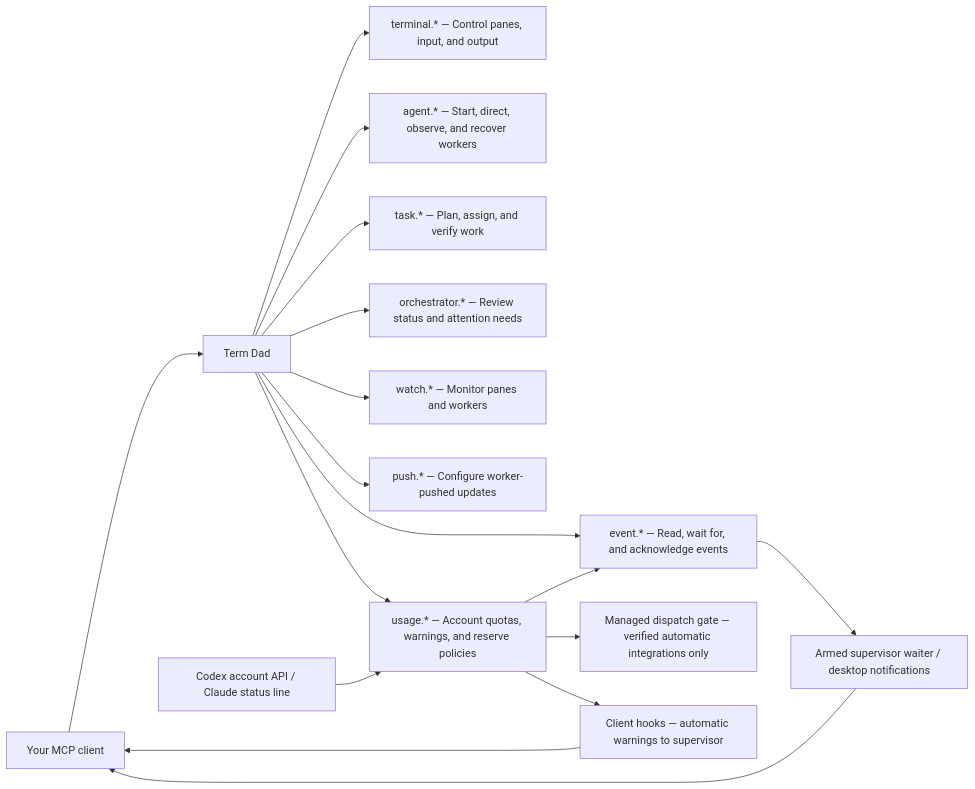
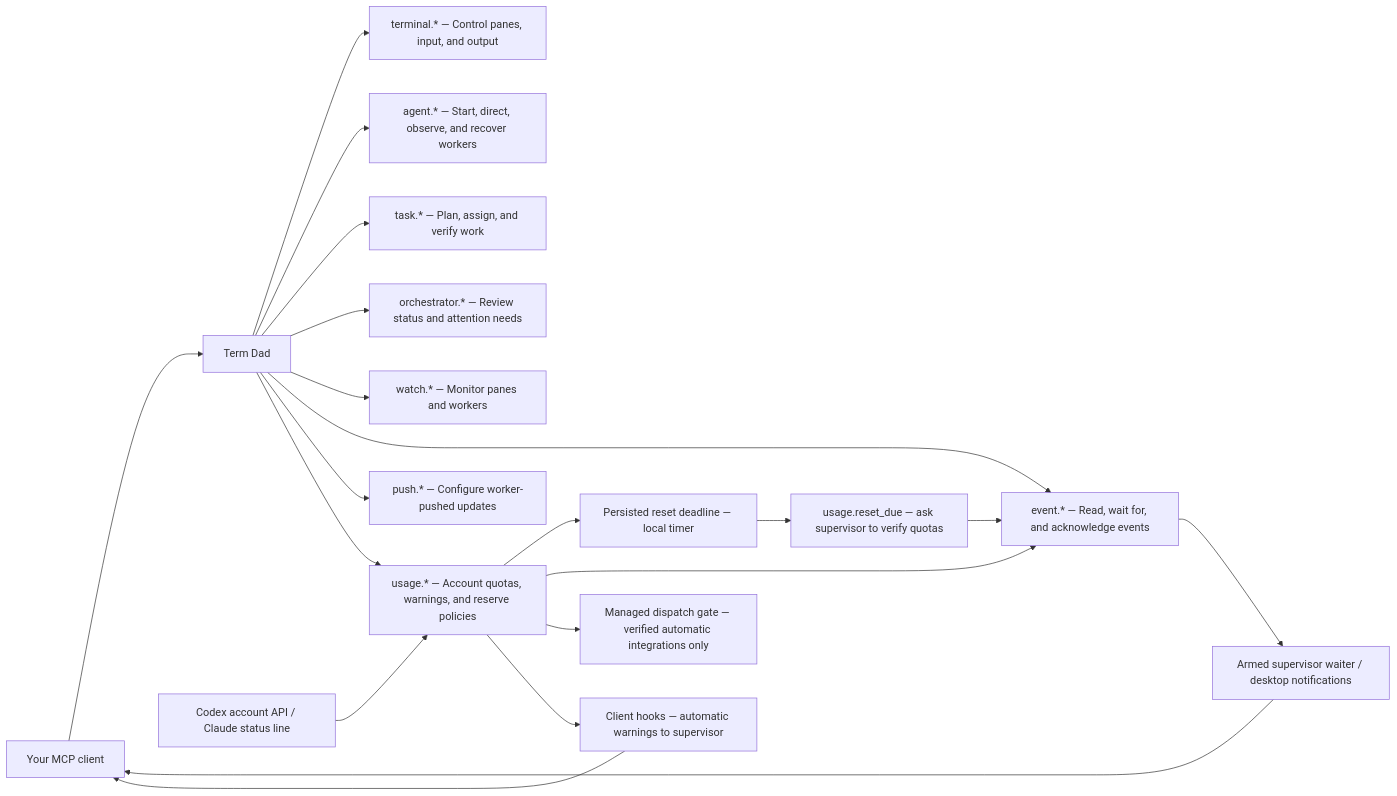
One commit to ZakYeo/TermDad changed the diagram in README.md. Above: the diagram before and after it, drawn with Mermaid. The commit also changed other lines of this file and 10 other files, not shown here.

Commit message:
Deliver persisted quota reset alerts independently of provider refresh

````diff
--- a/README.md
+++ b/README.md
@@ -76,19 +76,22 @@
 ```mermaid
 flowchart LR
     Client["Your MCP client"] --> Dad["Term Dad"]
     Dad --> Terminal["terminal.* — Control panes, input, and output"]
     Dad --> Agents["agent.* — Start, direct, observe, and recover workers"]
     Dad --> Tasks["task.* — Plan, assign, and verify work"]
     Dad --> Supervisor["orchestrator.* — Review status and attention needs"]
     Dad --> Watches["watch.* — Monitor panes and workers"]
     Dad --> Events["event.* — Read, wait for, and acknowledge events"]
     Dad --> Push["push.* — Configure worker-pushed updates"]
     Dad --> Usage["usage.* — Account quotas, warnings, and reserve policies"]
     Sources["Codex account API / Claude status line"] --> Usage
+    Usage --> Reset["Persisted reset deadline — local timer"]
+    Reset --> Due["usage.reset_due — ask supervisor to verify quotas"]
+    Due --> Events
     Usage --> Events
     Usage --> Gate["Managed dispatch gate — verified automatic integrations only"]
     Usage --> Hooks["Client hooks — automatic warnings to supervisor"]
     Events --> Wake["Armed supervisor waiter / desktop notifications"]
     Hooks --> Client
     Wake --> Client
 ```
````
